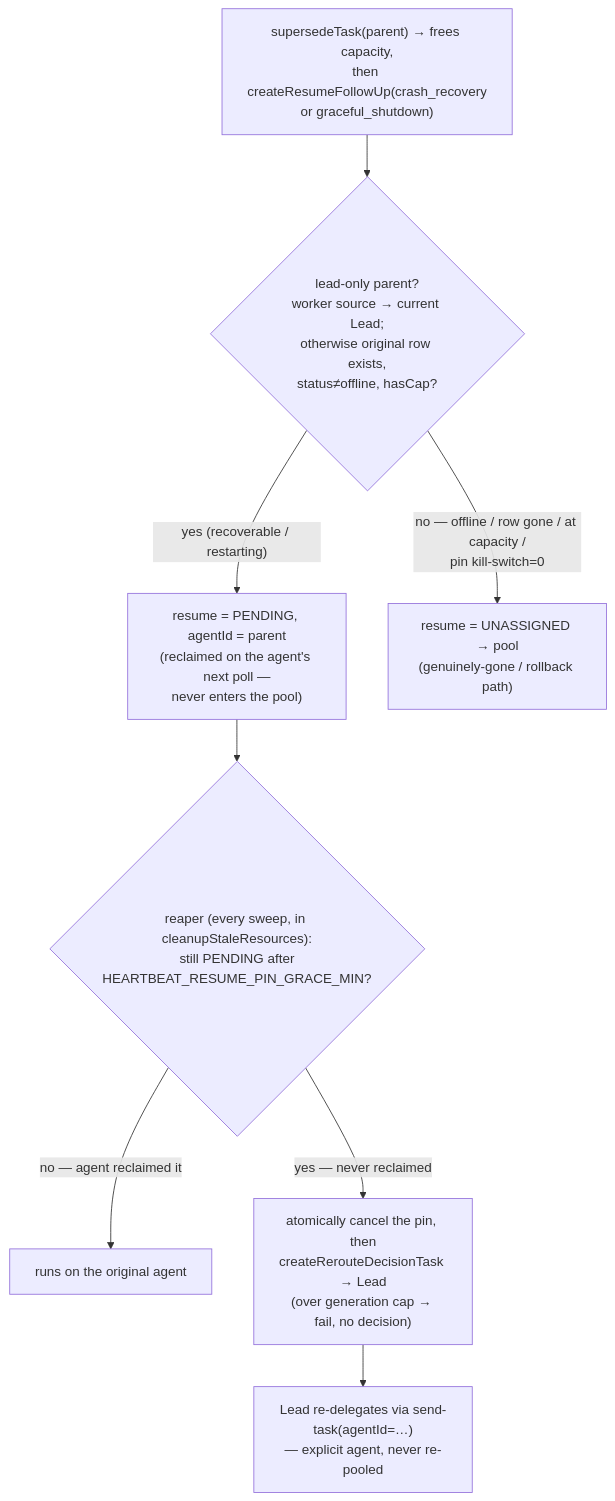
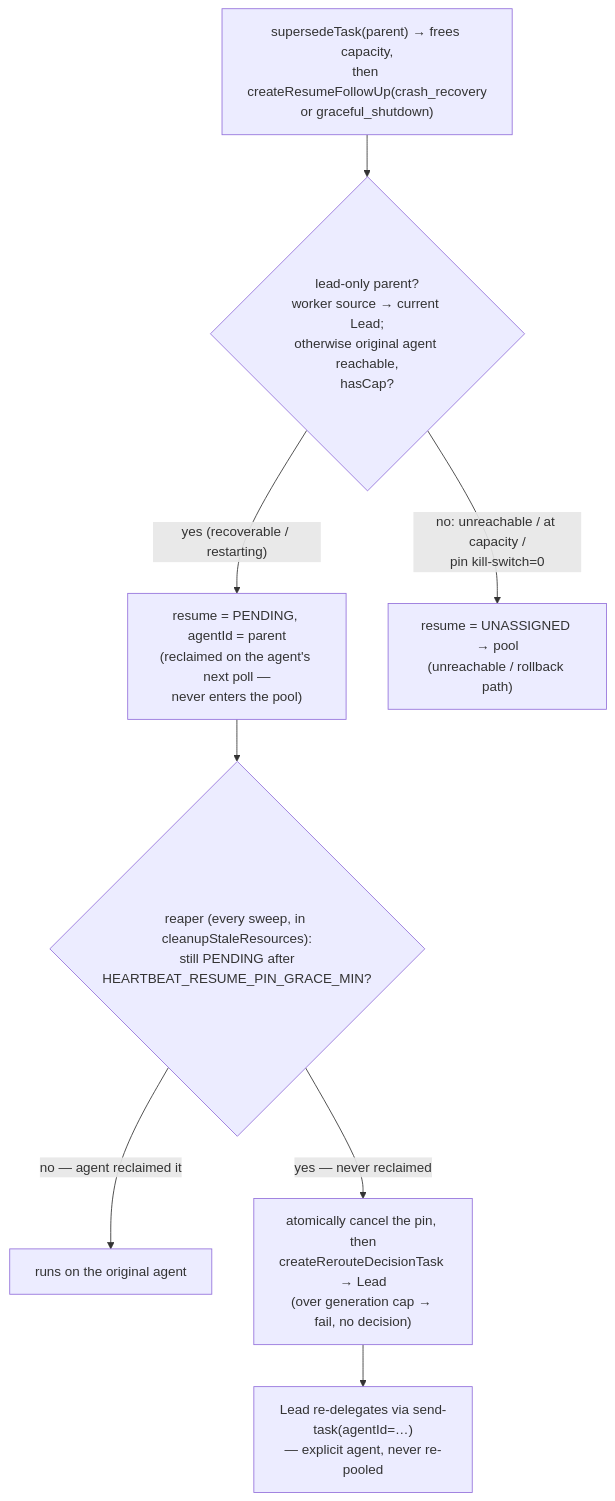
One commit to desplega-ai/agent-swarm changed the third of 7 diagrams in runbooks/heartbeat-crash-recovery.md. Above: the diagram before and after it, drawn with Mermaid. The commit also changed other lines of this file and 11 other files, not shown here.

````diff
--- a/runbooks/heartbeat-crash-recovery.md
+++ b/runbooks/heartbeat-crash-recovery.md
@@ -224,11 +248,11 @@
 ```mermaid
 flowchart TD
   entry["supersedeTask(parent) → frees capacity,<br/>then createResumeFollowUp(crash_recovery<br/>or graceful_shutdown)"]
-  entry --> gate{"lead-only parent?<br/>worker source → current Lead;<br/>otherwise original row exists,<br/>status≠offline, hasCap?"}
+  entry --> gate{"lead-only parent?<br/>worker source → current Lead;<br/>otherwise original agent reachable,<br/>hasCap?"}
   gate -->|"yes (recoverable / restarting)"| pin["resume = PENDING, agentId = parent<br/>(reclaimed on the agent's next poll —<br/>never enters the pool)"]
-  gate -->|"no — offline / row gone / at capacity /<br/>pin kill-switch=0"| pool["resume = UNASSIGNED → pool<br/>(genuinely-gone / rollback path)"]
+  gate -->|"no: unreachable / at capacity /<br/>pin kill-switch=0"| pool["resume = UNASSIGNED → pool<br/>(unreachable / rollback path)"]
   pin --> reap{"reaper (every sweep, in cleanupStaleResources):<br/>still PENDING after<br/>HEARTBEAT_RESUME_PIN_GRACE_MIN?"}
   reap -->|"no — agent reclaimed it"| ok["runs on the original agent"]
   reap -->|"yes — never reclaimed"| esc["atomically cancel the pin, then<br/>createRerouteDecisionTask → Lead<br/>(over generation cap → fail, no decision)"]
   esc --> lead["Lead re-delegates via send-task(agentId=…)<br/>— explicit agent, never re-pooled"]
 ```
````
